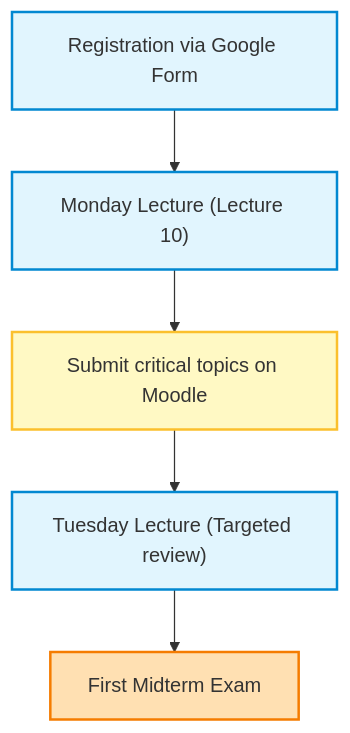
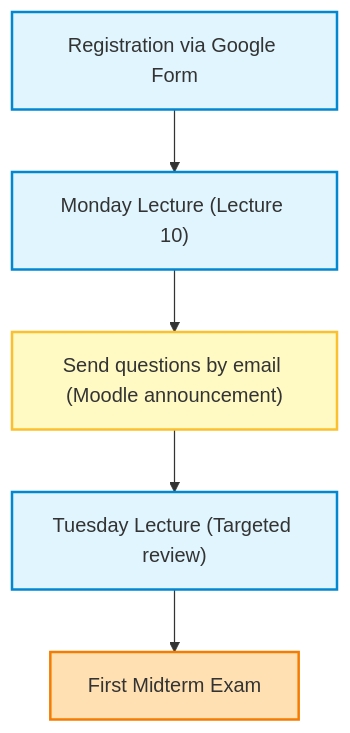
One commit to giovannistefanuto/Lezionify-Appunti changed the first of 5 diagrams in Reinforcement Learning/2026-10-26/schema.en.md. Above: the diagram before and after it, drawn with Mermaid. The commit also changed other lines of this file and 1 other file, not shown here.

````diff
--- a/Reinforcement Learning/2026-10-26/schema.en.md
+++ b/Reinforcement Learning/2026-10-26/schema.en.md
@@ -38,13 +38,13 @@
 ```mermaid
 flowchart TD
     A["Registration via Google Form"] --> B["Monday Lecture (Lecture 10)"]
-    B --> C["Submit critical topics on Moodle"]
+    B --> C["Send questions by email (Moodle announcement)"]
     C --> D["Tuesday Lecture (Targeted review)"]
     D --> E["First Midterm Exam"]
 
     style A fill:#e1f5fe,stroke:#0288d1,stroke-width:2px
     style B fill:#e1f5fe,stroke:#0288d1,stroke-width:2px
     style C fill:#fff9c4,stroke:#fbc02d,stroke-width:2px
     style D fill:#e1f5fe,stroke:#0288d1,stroke-width:2px
     style E fill:#ffe0b2,stroke:#f57c00,stroke-width:2px
 ```
````
